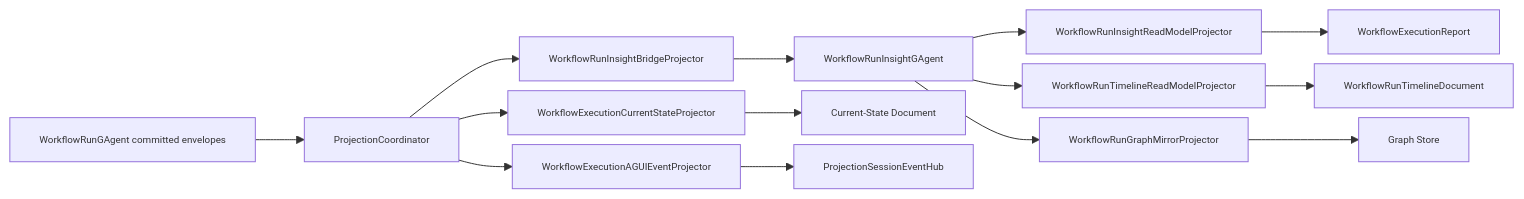
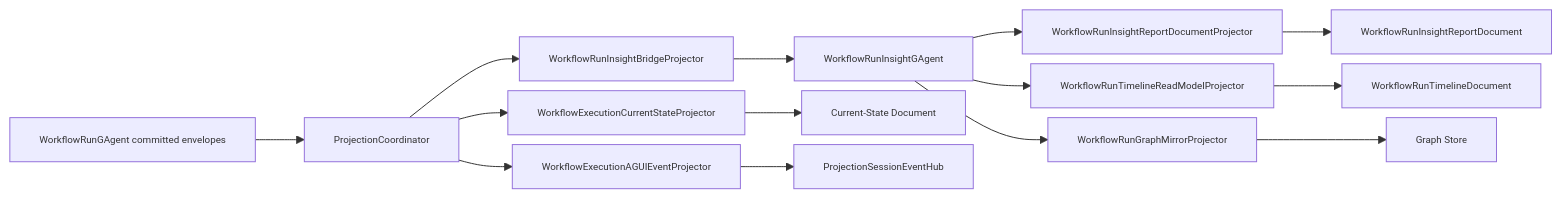
One commit to aevatarAI/aevatar changed the diagram in src/workflow/Aevatar.Workflow.Projection/README.md. Above: the diagram before and after it, drawn with Mermaid. The commit also changed other lines of this file and 34 other files, not shown here.

First line of the commit message:
Refactor Workflow Projection Components and Update ReadModel Architecture

````diff
--- a/src/workflow/Aevatar.Workflow.Projection/README.md
+++ b/src/workflow/Aevatar.Workflow.Projection/README.md
@@ -30,32 +30,32 @@
 ```mermaid
 %%{init: {"maxTextSize": 100000, "flowchart": {"useMaxWidth": false, "nodeSpacing": 10, "rankSpacing": 50}, "themeVariables": {"fontSize": "10px"}}}%%
 flowchart LR
   RUN["WorkflowRunGAgent committed envelopes"]
   COOR["ProjectionCoordinator"]
   CUR["WorkflowExecutionCurrentStateProjector"]
   BRIDGE["WorkflowRunInsightBridgeProjector"]
   INSIGHT["WorkflowRunInsightGAgent"]
-  REPORTP["WorkflowRunInsightReadModelProjector"]
+  REPORTP["WorkflowRunInsightReportDocumentProjector"]
   TIMELINEP["WorkflowRunTimelineReadModelProjector"]
   GRAPHP["WorkflowRunGraphMirrorProjector"]
   AG["WorkflowExecutionAGUIEventProjector"]
   CURDOC["Current-State Document"]
-  REPORT["WorkflowExecutionReport"]
+  REPORT["WorkflowRunInsightReportDocument"]
   TIMELINE["WorkflowRunTimelineDocument"]
   GRAPH["Graph Store"]
   HUB["ProjectionSessionEventHub<WorkflowRunEvent>"]
 
   RUN --> COOR
   COOR --> CUR
   COOR --> BRIDGE
   COOR --> AG
   CUR --> CURDOC
   BRIDGE --> INSIGHT
   INSIGHT --> REPORTP
   INSIGHT --> TIMELINEP
   INSIGHT --> GRAPHP
   REPORTP --> REPORT
   TIMELINEP --> TIMELINE
   GRAPHP --> GRAPH
   AG --> HUB
 ```
````
